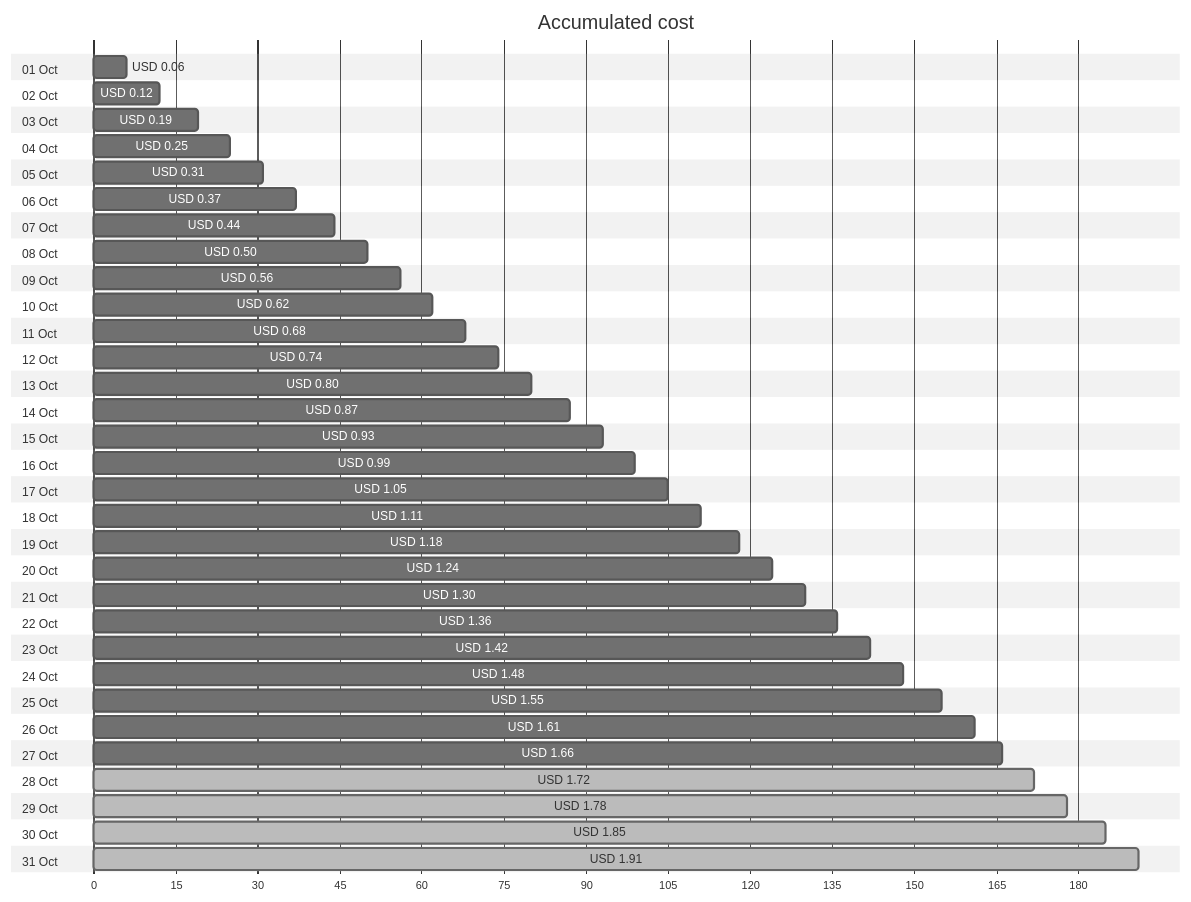
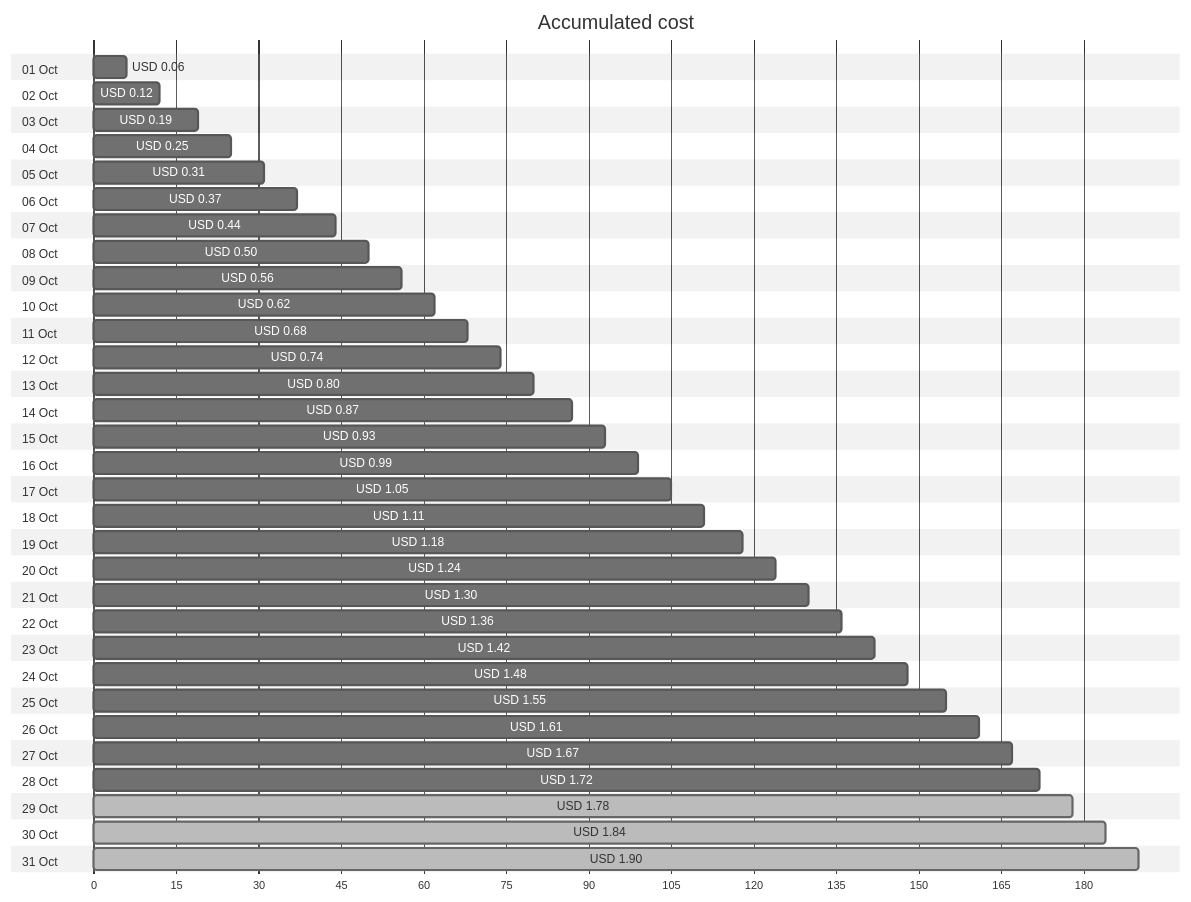
One commit to jpfulton/azure-personal-reports changed the first of 4 diagrams in cost-reports/personal-network/vpn-server_OsDisk.md. Above: the diagram before and after it, drawn with Mermaid (neutral theme). The commit also changed other lines of this file and 8 other files, not shown here.

````diff
--- a/cost-reports/personal-network/vpn-server_OsDisk.md
+++ b/cost-reports/personal-network/vpn-server_OsDisk.md
@@ -20,68 +20,68 @@
 ```mermaid
 gantt
    title Accumulated cost
    dateFormat  X
    axisFormat %s
    section 01 Oct
    USD 0.06 :0, 6
    section 02 Oct
    USD 0.12 :0, 12
    section 03 Oct
    USD 0.19 :0, 19
    section 04 Oct
    USD 0.25 :0, 25
    section 05 Oct
    USD 0.31 :0, 31
    section 06 Oct
    USD 0.37 :0, 37
    section 07 Oct
    USD 0.44 :0, 44
    section 08 Oct
    USD 0.50 :0, 50
    section 09 Oct
    USD 0.56 :0, 56
    section 10 Oct
    USD 0.62 :0, 62
    section 11 Oct
    USD 0.68 :0, 68
    section 12 Oct
    USD 0.74 :0, 74
    section 13 Oct
    USD 0.80 :0, 80
    section 14 Oct
    USD 0.87 :0, 87
    section 15 Oct
    USD 0.93 :0, 93
    section 16 Oct
    USD 0.99 :0, 99
    section 17 Oct
    USD 1.05 :0, 105
    section 18 Oct
    USD 1.11 :0, 111
    section 19 Oct
    USD 1.18 :0, 118
    section 20 Oct
    USD 1.24 :0, 124
    section 21 Oct
    USD 1.30 :0, 130
    section 22 Oct
    USD 1.36 :0, 136
    section 23 Oct
    USD 1.42 :0, 142
    section 24 Oct
    USD 1.48 :0, 148
    section 25 Oct
    USD 1.55 :0, 155
    section 26 Oct
    USD 1.61 :0, 161
    section 27 Oct
-   USD 1.66 :0, 166
+   USD 1.67 :0, 167
    section 28 Oct
-   USD 1.72 : done, 0, 172
+   USD 1.72 :0, 172
    section 29 Oct
    USD 1.78 : done, 0, 178
    section 30 Oct
-   USD 1.85 : done, 0, 185
+   USD 1.84 : done, 0, 184
    section 31 Oct
-   USD 1.91 : done, 0, 191
+   USD 1.90 : done, 0, 190
 ```
````
